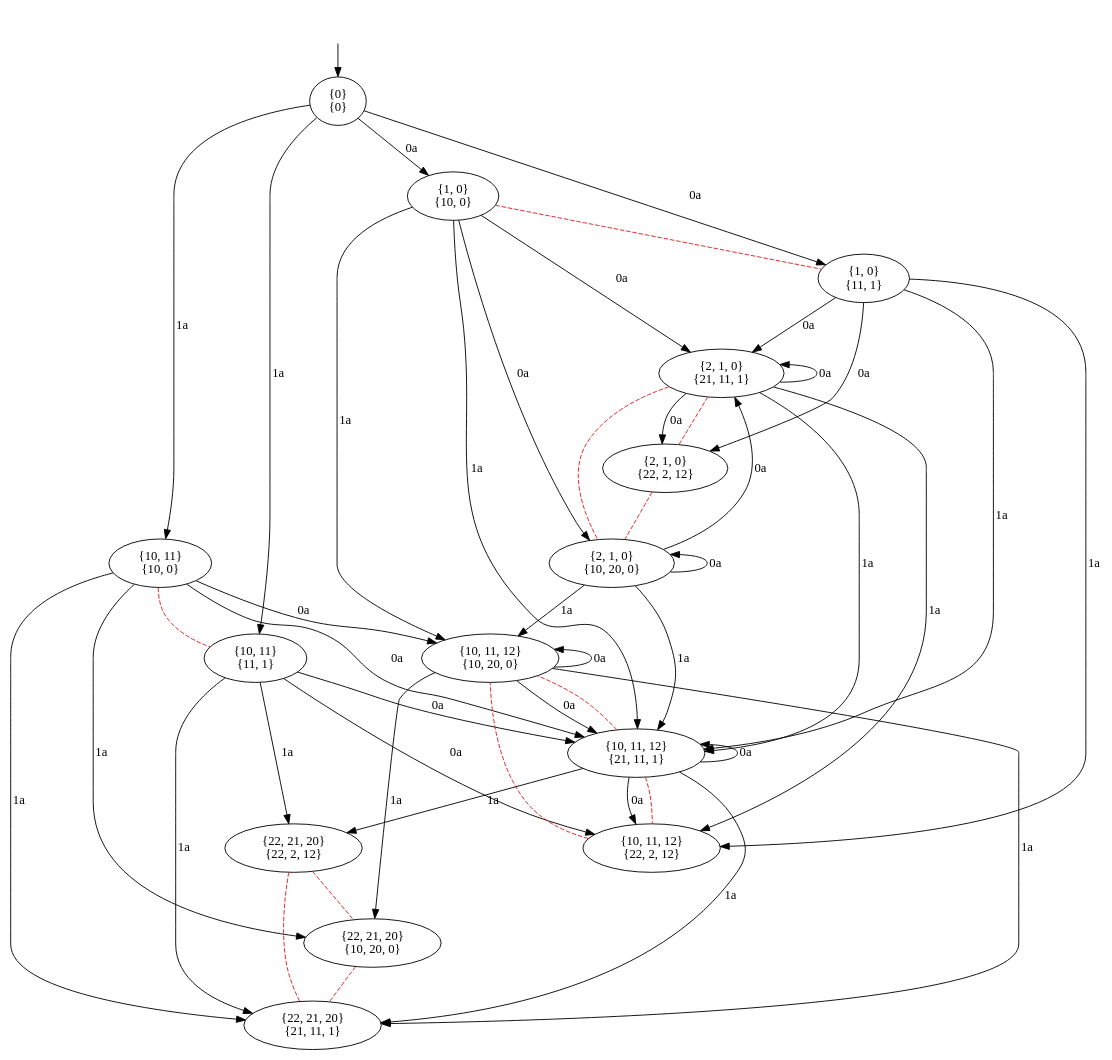
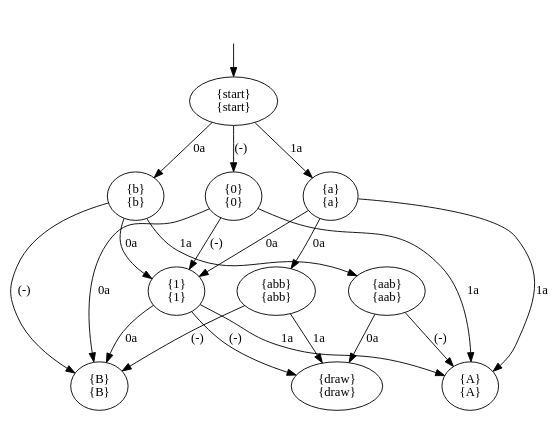
Before and after one commit to olandr/mkbsc: the diagram in pictures/GK0.dot, drawn with Graphviz. The commit also changed 3 other files, not shown here.

```diff
--- a/pictures/GK0.dot
+++ b/pictures/GK0.dot
@@ -1,69 +1,37 @@
 digraph  {
 concentrate=False;
 nodesep=0.5;
 ranksep=0.5;
 splines=True;
-4595096320 [label="{0}\n{0}"];
-4595096208 [label="{1, 0}\n{10, 0}"];
-4595093688 [label="{10, 11}\n{10, 0}"];
-4595097384 [label="{1, 0}\n{11, 1}"];
-4595280080 [label="{10, 11}\n{11, 1}"];
-4595278176 [label="{2, 1, 0}\n{10, 20, 0}"];
-4595278064 [label="{10, 11, 12}\n{10, 20, 0}"];
-4595281704 [label="{2, 1, 0}\n{21, 11, 1}"];
-4595280416 [label="{10, 11, 12}\n{21, 11, 1}"];
-4595237328 [label="{22, 21, 20}\n{10, 20, 0}"];
-4595237608 [label="{22, 21, 20}\n{21, 11, 1}"];
-4595238784 [label="{2, 1, 0}\n{22, 2, 12}"];
-4595238896 [label="{10, 11, 12}\n{22, 2, 12}"];
-4595239232 [label="{22, 21, 20}\n{22, 2, 12}"];
+4684286216 [label="{start}\n{start}"];
+4684285320 [label="{0}\n{0}"];
+4684285712 [label="{a}\n{a}"];
+4684284648 [label="{b}\n{b}"];
+4684286552 [label="{1}\n{1}"];
+4684287000 [label="{A}\n{A}"];
+4684287224 [label="{B}\n{B}"];
+4684285488 [label="{abb}\n{abb}"];
+4684287504 [label="{aab}\n{aab}"];
+4684287448 [label="{draw}\n{draw}"];
 hidden [label="", shape=none];
-4595096320 -> 4595096208  [action="('0a',)", key="('0a',)", label="0a"];
-4595096320 -> 4595093688  [action="('1a',)", key="('1a',)", label="1a"];
-4595096320 -> 4595097384  [action="('0a',)", key="('0a',)", label="0a"];
-4595096320 -> 4595280080  [action="('1a',)", key="('1a',)", label="1a"];
-4595096208 -> 4595278176  [action="('0a',)", key="('0a',)", label="0a"];
-4595096208 -> 4595278064  [action="('1a',)", key="('1a',)", label="1a"];
-4595096208 -> 4595281704  [action="('0a',)", key="('0a',)", label="0a"];
-4595096208 -> 4595280416  [action="('1a',)", key="('1a',)", label="1a"];
-4595096208 -> 4595097384  [arrowhead=none, color=1, colorscheme=set19, constraint=True, key=0, label="", style=dashed];
-4595093688 -> 4595278064  [action="('0a',)", key="('0a',)", label="0a"];
-4595093688 -> 4595237328  [action="('1a',)", key="('1a',)", label="1a"];
-4595093688 -> 4595280416  [action="('0a',)", key="('0a',)", label="0a"];
-4595093688 -> 4595237608  [action="('1a',)", key="('1a',)", label="1a"];
-4595093688 -> 4595280080  [arrowhead=none, color=1, colorscheme=set19, constraint=True, key=0, label="", style=dashed];
-4595097384 -> 4595281704  [action="('0a',)", key="('0a',)", label="0a"];
-4595097384 -> 4595280416  [action="('1a',)", key="('1a',)", label="1a"];
-4595097384 -> 4595238784  [action="('0a',)", key="('0a',)", label="0a"];
-4595097384 -> 4595238896  [action="('1a',)", key="('1a',)", label="1a"];
-4595280080 -> 4595280416  [action="('0a',)", key="('0a',)", label="0a"];
-4595280080 -> 4595237608  [action="('1a',)", key="('1a',)", label="1a"];
-4595280080 -> 4595238896  [action="('0a',)", key="('0a',)", label="0a"];
-4595280080 -> 4595239232  [action="('1a',)", key="('1a',)", label="1a"];
-4595278176 -> 4595278176  [action="('0a',)", dir=back, key="('0a',)", label="0a"];
-4595278176 -> 4595278064  [action="('1a',)", key="('1a',)", label="1a"];
-4595278176 -> 4595281704  [action="('0a',)", key="('0a',)", label="0a"];
-4595278176 -> 4595280416  [action="('1a',)", key="('1a',)", label="1a"];
-4595278064 -> 4595278064  [action="('0a',)", dir=back, key="('0a',)", label="0a"];
-4595278064 -> 4595237328  [action="('1a',)", key="('1a',)", label="1a"];
-4595278064 -> 4595280416  [action="('0a',)", key="('0a',)", label="0a"];
-4595278064 -> 4595237608  [action="('1a',)", key="('1a',)", label="1a"];
-4595281704 -> 4595281704  [action="('0a',)", dir=back, key="('0a',)", label="0a"];
-4595281704 -> 4595280416  [action="('1a',)", key="('1a',)", label="1a"];
-4595281704 -> 4595238784  [action="('0a',)", key="('0a',)", label="0a"];
-4595281704 -> 4595238896  [action="('1a',)", key="('1a',)", label="1a"];
-4595281704 -> 4595278176  [arrowhead=none, color=1, colorscheme=set19, constraint=True, key=0, label="", style=dashed];
-4595280416 -> 4595280416  [action="('0a',)", dir=back, key="('0a',)", label="0a"];
-4595280416 -> 4595237608  [action="('1a',)", key="('1a',)", label="1a"];
-4595280416 -> 4595238896  [action="('0a',)", key="('0a',)", label="0a"];
-4595280416 -> 4595238896  [arrowhead=none, color=1, colorscheme=set19, constraint=True, key=1, label="", style=dashed];
-4595280416 -> 4595239232  [action="('1a',)", key="('1a',)", label="1a"];
-4595280416 -> 4595278064  [arrowhead=none, color=1, colorscheme=set19, constraint=True, key=0, label="", style=dashed];
-4595237328 -> 4595237608  [arrowhead=none, color=1, colorscheme=set19, constraint=True, key=0, label="", style=dashed];
-4595238784 -> 4595281704  [arrowhead=none, color=1, colorscheme=set19, constraint=True, key=0, label="", style=dashed];
-4595238784 -> 4595278176  [arrowhead=none, color=1, colorscheme=set19, constraint=True, key=0, label="", style=dashed];
-4595238896 -> 4595278064  [arrowhead=none, color=1, colorscheme=set19, constraint=True, key=0, label="", style=dashed];
-4595239232 -> 4595237328  [arrowhead=none, color=1, colorscheme=set19, constraint=True, key=0, label="", style=dashed];
-4595239232 -> 4595237608  [arrowhead=none, color=1, colorscheme=set19, constraint=True, key=0, label="", style=dashed];
-hidden -> 4595096320  [key=0];
+4684286216 -> 4684285712  [action="('1a',)", key="('1a',)", label="1a"];
+4684286216 -> 4684284648  [action="('0a',)", key="('0a',)", label="0a"];
+4684286216 -> 4684285320  [action="(('0a',), ('1a',))", key="(('0a',), ('1a',))", label="(-)"];
+4684285320 -> 4684287000  [action="('1a',)", key="('1a',)", label="1a"];
+4684285320 -> 4684287224  [action="('0a',)", key="('0a',)", label="0a"];
+4684285320 -> 4684286552  [action="(('0a',), ('1a',))", key="(('0a',), ('1a',))", label="(-)"];
+4684285712 -> 4684286552  [action="('0a',)", key="('0a',)", label="0a"];
+4684285712 -> 4684287000  [action="('1a',)", key="('1a',)", label="1a"];
+4684285712 -> 4684285488  [action="('0a',)", key="('0a',)", label="0a"];
+4684284648 -> 4684286552  [action="('0a',)", key="('0a',)", label="0a"];
+4684284648 -> 4684287504  [action="('1a',)", key="('1a',)", label="1a"];
+4684284648 -> 4684287224  [action="(('0a',), ('1a',))", key="(('0a',), ('1a',))", label="(-)"];
+4684286552 -> 4684287000  [action="('1a',)", key="('1a',)", label="1a"];
+4684286552 -> 4684287224  [action="('0a',)", key="('0a',)", label="0a"];
+4684286552 -> 4684287448  [action="(('0a',), ('1a',))", key="(('0a',), ('1a',))", label="(-)"];
+4684285488 -> 4684287448  [action="('1a',)", key="('1a',)", label="1a"];
+4684285488 -> 4684287224  [action="(('0a',), ('1a',))", key="(('0a',), ('1a',))", label="(-)"];
+4684287504 -> 4684287448  [action="('0a',)", key="('0a',)", label="0a"];
+4684287504 -> 4684287000  [action="(('0a',), ('1a',))", key="(('0a',), ('1a',))", label="(-)"];
+hidden -> 4684286216  [key=0];
 }
```
